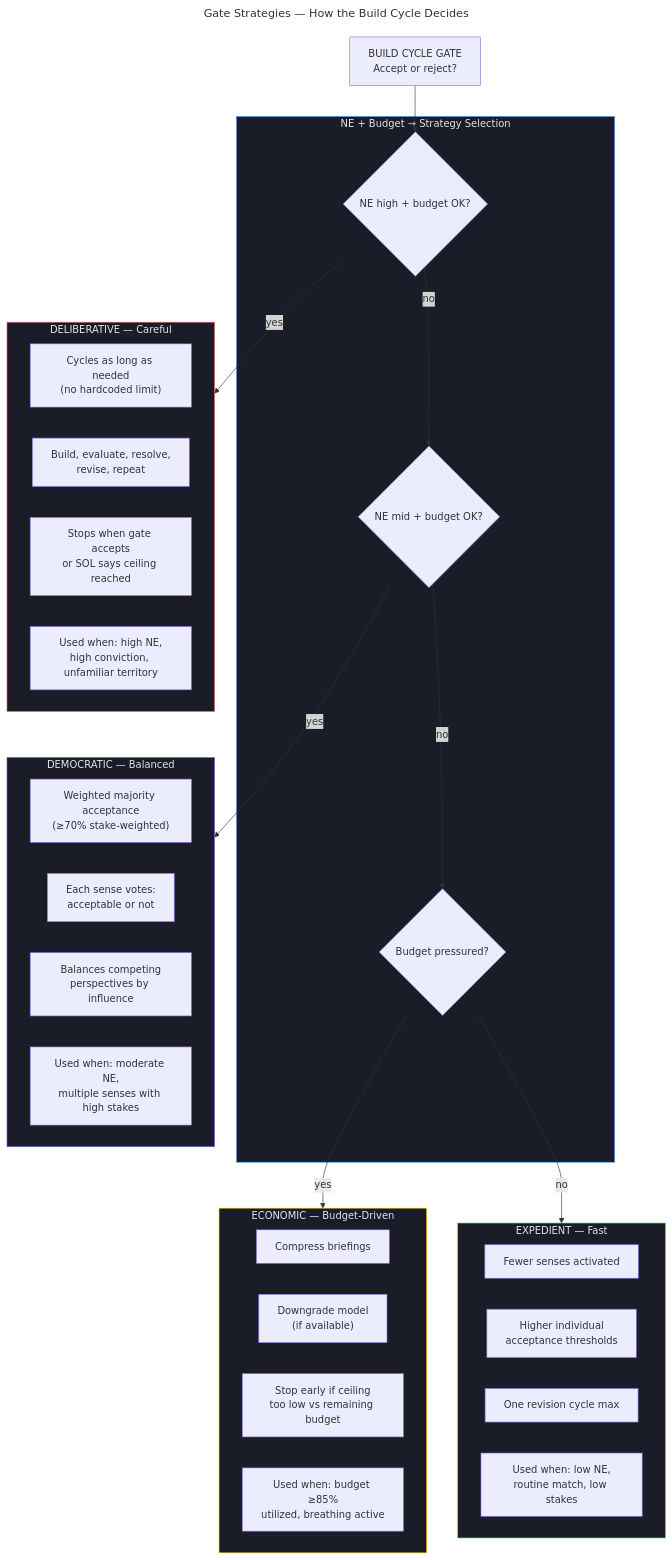
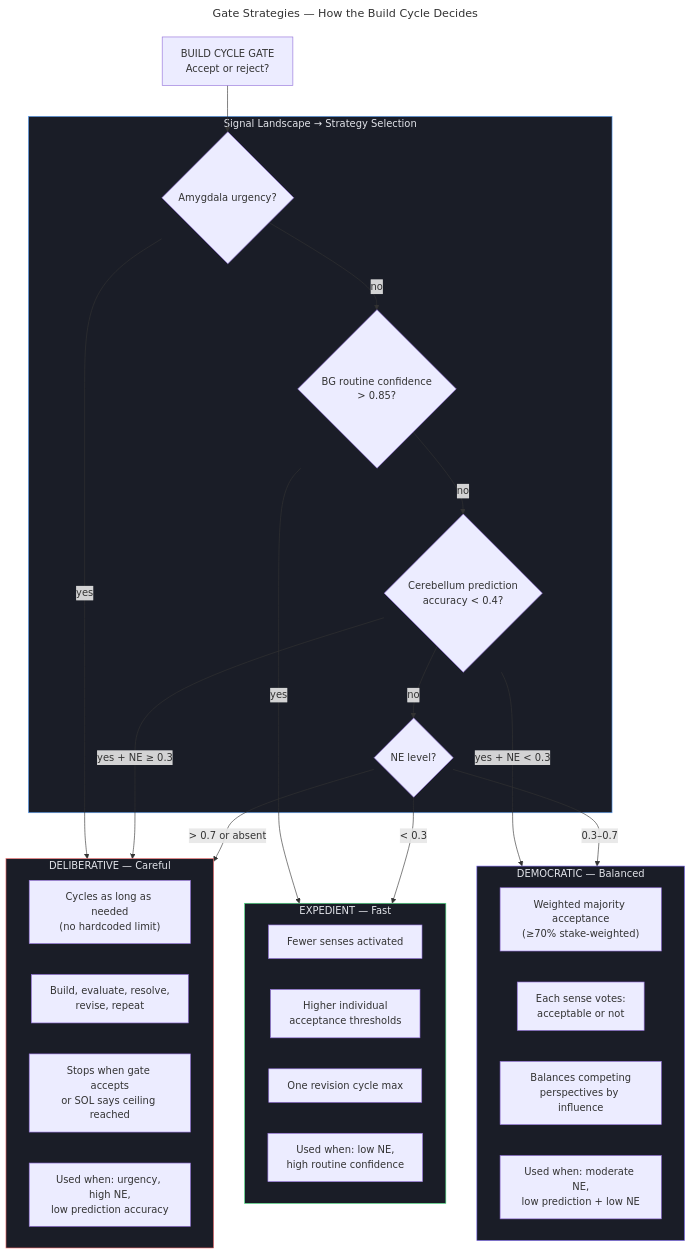
Before and after one commit to Joinery-dev/agent-cortex: the diagram in diagrams/08-gate-strategies.mmd, drawn with Mermaid. The commit also changed 37 other files, not shown here.

```diff
--- a/diagrams/08-gate-strategies.mmd
+++ b/diagrams/08-gate-strategies.mmd
@@ -1,54 +1,51 @@
 ---
 title: "Gate Strategies — How the Build Cycle Decides"
 scope: global
 ---
 flowchart TD
     GATE["BUILD CYCLE GATE<br/>Accept or reject?"]
 
-    subgraph SELECT["NE + Budget → Strategy Selection"]
-        SEL1{"NE high + budget OK?"}
-        SEL2{"NE mid + budget OK?"}
-        SEL3{"Budget pressured?"}
+    subgraph SELECT["Signal Landscape → Strategy Selection"]
+        SEL1{"Amygdala urgency?"}
+        SEL2{"BG routine confidence<br/>> 0.85?"}
+        SEL3{"Cerebellum prediction<br/>accuracy < 0.4?"}
+        SEL4{"NE level?"}
     end
 
     subgraph DELIBERATIVE["DELIBERATIVE — Careful"]
         D1["Cycles as long as needed<br/>(no hardcoded limit)"]
         D2["Build, evaluate, resolve,<br/>revise, repeat"]
         D3["Stops when gate accepts<br/>or SOL says ceiling reached"]
-        D4["Used when: high NE,<br/>high conviction, unfamiliar territory"]
+        D4["Used when: urgency, high NE,<br/>low prediction accuracy"]
     end
 
     subgraph DEMOCRATIC["DEMOCRATIC — Balanced"]
         DM1["Weighted majority acceptance<br/>(≥70% stake-weighted)"]
         DM2["Each sense votes:<br/>acceptable or not"]
         DM3["Balances competing<br/>perspectives by influence"]
-        DM4["Used when: moderate NE,<br/>multiple senses with high stakes"]
+        DM4["Used when: moderate NE,<br/>low prediction + low NE"]
     end
 
     subgraph EXPEDIENT["EXPEDIENT — Fast"]
         EX1["Fewer senses activated"]
         EX2["Higher individual<br/>acceptance thresholds"]
         EX3["One revision cycle max"]
-        EX4["Used when: low NE,<br/>routine match, low stakes"]
-    end
-
-    subgraph ECONOMIC["ECONOMIC — Budget-Driven"]
-        EC1["Compress briefings"]
-        EC2["Downgrade model<br/>(if available)"]
-        EC3["Stop early if ceiling<br/>too low vs remaining budget"]
-        EC4["Used when: budget ≥85%<br/>utilized, breathing active"]
+        EX4["Used when: low NE,<br/>high routine confidence"]
     end
 
     GATE --> SEL1
     SEL1 -->|yes| DELIBERATIVE
     SEL1 -->|no| SEL2
-    SEL2 -->|yes| DEMOCRATIC
+    SEL2 -->|yes| EXPEDIENT
     SEL2 -->|no| SEL3
-    SEL3 -->|yes| ECONOMIC
-    SEL3 -->|no| EXPEDIENT
+    SEL3 -->|"yes + NE < 0.3"| DEMOCRATIC
+    SEL3 -->|"yes + NE ≥ 0.3"| DELIBERATIVE
+    SEL3 -->|no| SEL4
+    SEL4 -->|"> 0.7 or absent"| DELIBERATIVE
+    SEL4 -->|"< 0.3"| EXPEDIENT
+    SEL4 -->|"0.3–0.7"| DEMOCRATIC
 
     style DELIBERATIVE fill:#1a1d27,stroke:#f87171,color:#e2e4ea
     style DEMOCRATIC fill:#1a1d27,stroke:#7c6af0,color:#e2e4ea
     style EXPEDIENT fill:#1a1d27,stroke:#4ade80,color:#e2e4ea
-    style ECONOMIC fill:#1a1d27,stroke:#facc15,color:#e2e4ea
     style SELECT fill:#1a1d27,stroke:#60a5fa,color:#e2e4ea
```
